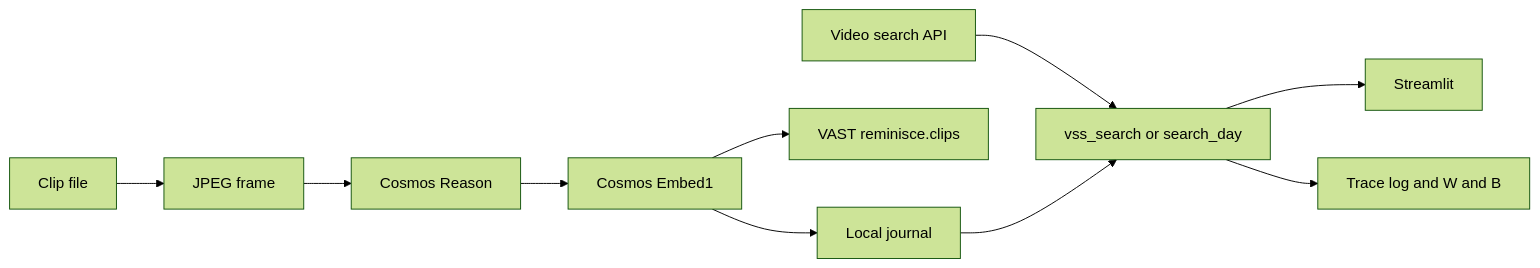
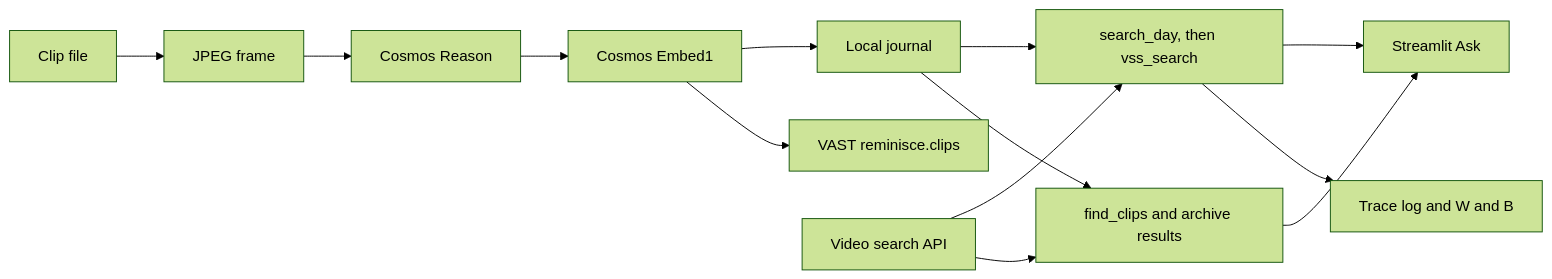
One commit to prkshverma09/MyDay changed the diagram in README.md. Above: the diagram before and after it, drawn with Mermaid (forest theme). The commit also changed other lines of this file, not shown here.

Commit message:
Bring the README in line with search on Ask, the three tabs, and the new memory package.

````diff
--- a/README.md
+++ b/README.md
@@ -48,12 +48,15 @@
 ```mermaid
 flowchart LR
   clip[Clip file] --> frame[JPEG frame]
   frame --> cosmos[Cosmos Reason]
   cosmos --> embed[Cosmos Embed1]
   embed --> journal[Local journal]
   embed --> vast[VAST reminisce.clips]
-  search[Video search API] --> agent[vss_search or search_day]
-  journal --> agent
-  agent --> ui[Streamlit]
+  journal --> agent[search_day, then vss_search]
+  search[Video search API] --> agent
+  search --> results[find_clips and archive results]
+  journal --> results
+  agent --> ui[Streamlit Ask]
+  results --> ui
   agent --> trace[Trace log and W and B]
 ```
````
